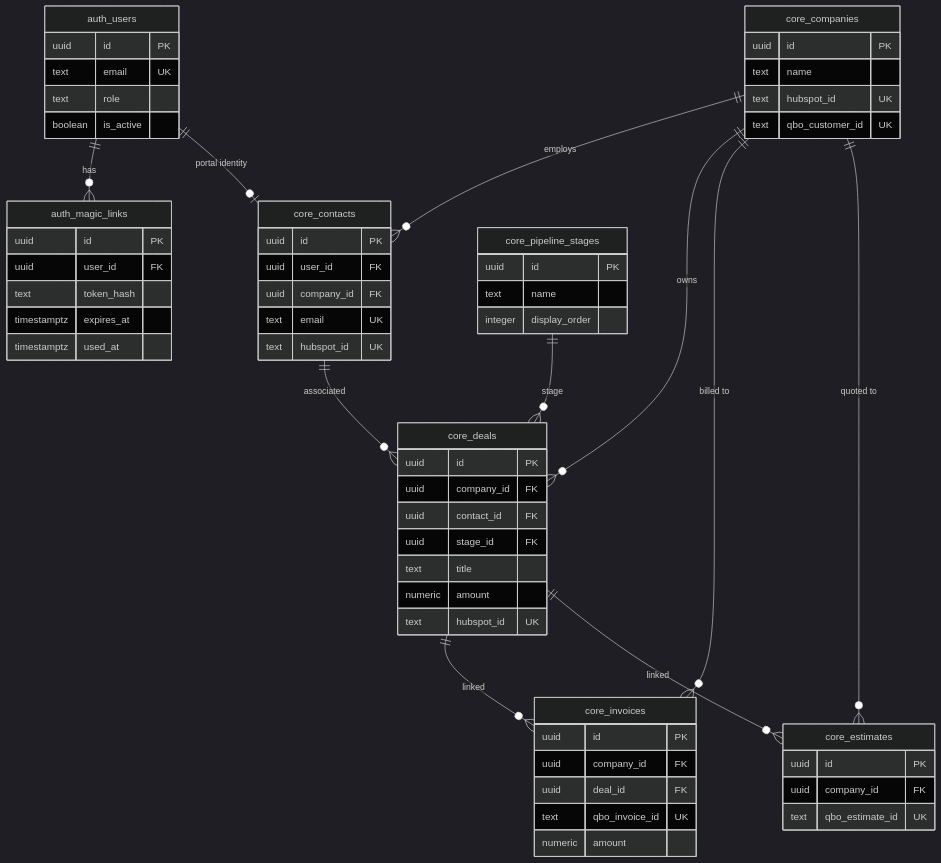
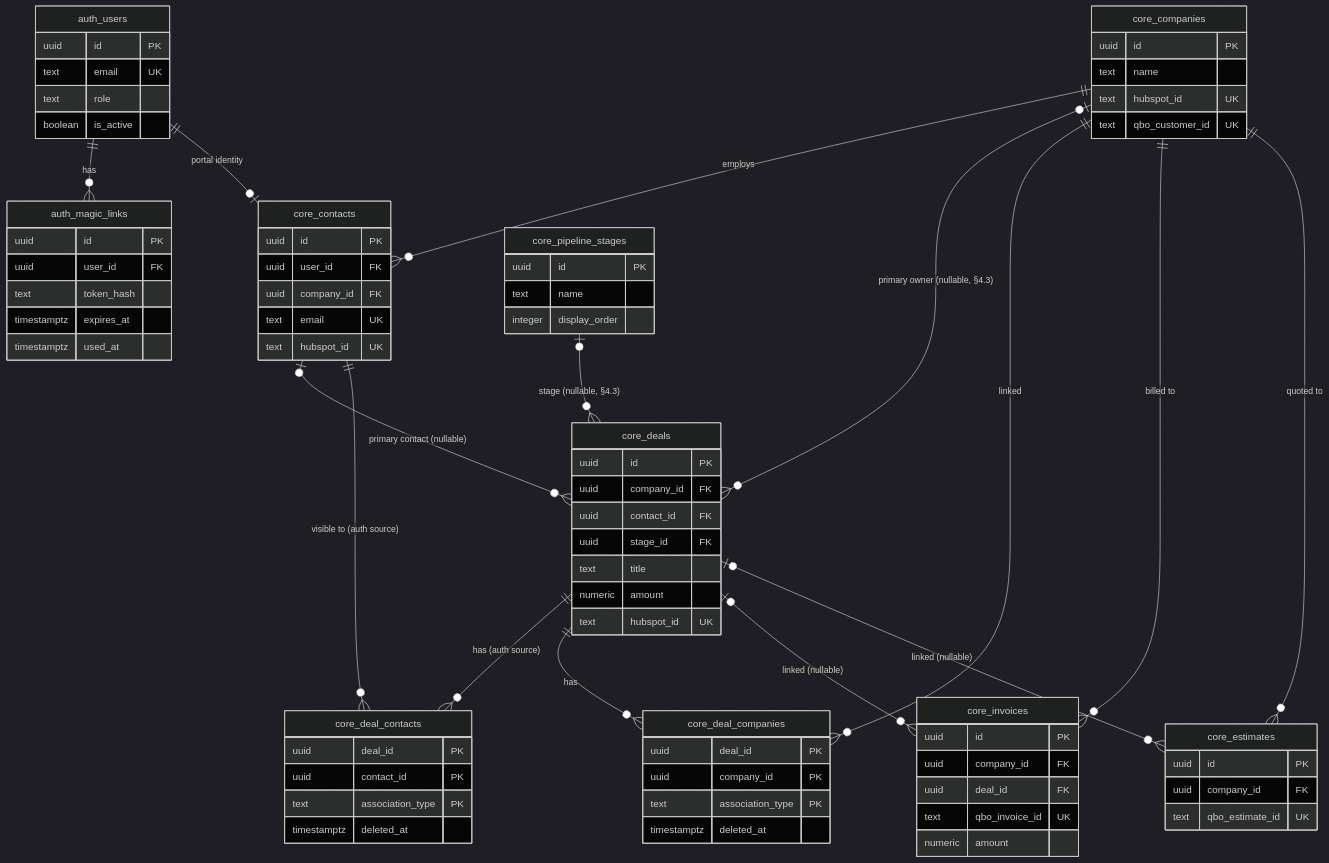
One commit to arghya-musesemi/muse-backend changed the second of 3 diagrams in architecture.md. Above: the diagram before and after it, drawn with Mermaid (dark theme). The commit also changed other lines of this file and 3 other files, not shown here.

Commit message:
Enhance architecture and phase 1 documentation; add new fields for mapping audit trails and nullable foreign keys in core tables. Introduce detailed implementation plan for QBO and HubSpot sync, including dependencies and Docker configuration.

````diff
--- a/architecture.md
+++ b/architecture.md
@@ -395,66 +479,82 @@
 ```mermaid
 erDiagram
     auth_users {
         uuid id PK
         text email UK
         text role
         boolean is_active
     }
     auth_magic_links {
         uuid id PK
         uuid user_id FK
         text token_hash
         timestamptz expires_at
         timestamptz used_at
     }
     core_companies {
         uuid id PK
         text name
         text hubspot_id UK
         text qbo_customer_id UK
     }
     core_contacts {
         uuid id PK
         uuid user_id FK
         uuid company_id FK
         text email UK
         text hubspot_id UK
     }
     core_pipeline_stages {
         uuid id PK
         text name
         integer display_order
     }
     core_deals {
         uuid id PK
         uuid company_id FK
         uuid contact_id FK
         uuid stage_id FK
         text title
         numeric amount
         text hubspot_id UK
     }
+    core_deal_contacts {
+        uuid deal_id PK
+        uuid contact_id PK
+        text association_type PK
+        timestamptz deleted_at
+    }
+    core_deal_companies {
+        uuid deal_id PK
+        uuid company_id PK
+        text association_type PK
+        timestamptz deleted_at
+    }
     core_invoices {
         uuid id PK
         uuid company_id FK
         uuid deal_id FK
         text qbo_invoice_id UK
         numeric amount
     }
     core_estimates {
         uuid id PK
         uuid company_id FK
         text qbo_estimate_id UK
     }
 
     auth_users ||--o{ auth_magic_links : "has"
     auth_users ||--o| core_contacts : "portal identity"
     core_companies ||--o{ core_contacts : "employs"
-    core_companies ||--o{ core_deals : "owns"
-    core_contacts ||--o{ core_deals : "associated"
-    core_pipeline_stages ||--o{ core_deals : "stage"
+    core_companies |o--o{ core_deals : "primary owner (nullable, §4.3)"
+    core_contacts |o--o{ core_deals : "primary contact (nullable)"
+    core_pipeline_stages |o--o{ core_deals : "stage (nullable, §4.3)"
+    core_deals ||--o{ core_deal_contacts : "has (auth source)"
+    core_contacts ||--o{ core_deal_contacts : "visible to (auth source)"
+    core_deals ||--o{ core_deal_companies : "has"
+    core_companies ||--o{ core_deal_companies : "linked"
     core_companies ||--o{ core_invoices : "billed to"
     core_companies ||--o{ core_estimates : "quoted to"
-    core_deals ||--o{ core_invoices : "linked"
-    core_deals ||--o{ core_estimates : "linked"
+    core_deals |o--o{ core_invoices : "linked (nullable)"
+    core_deals |o--o{ core_estimates : "linked (nullable)"
 ```
````
